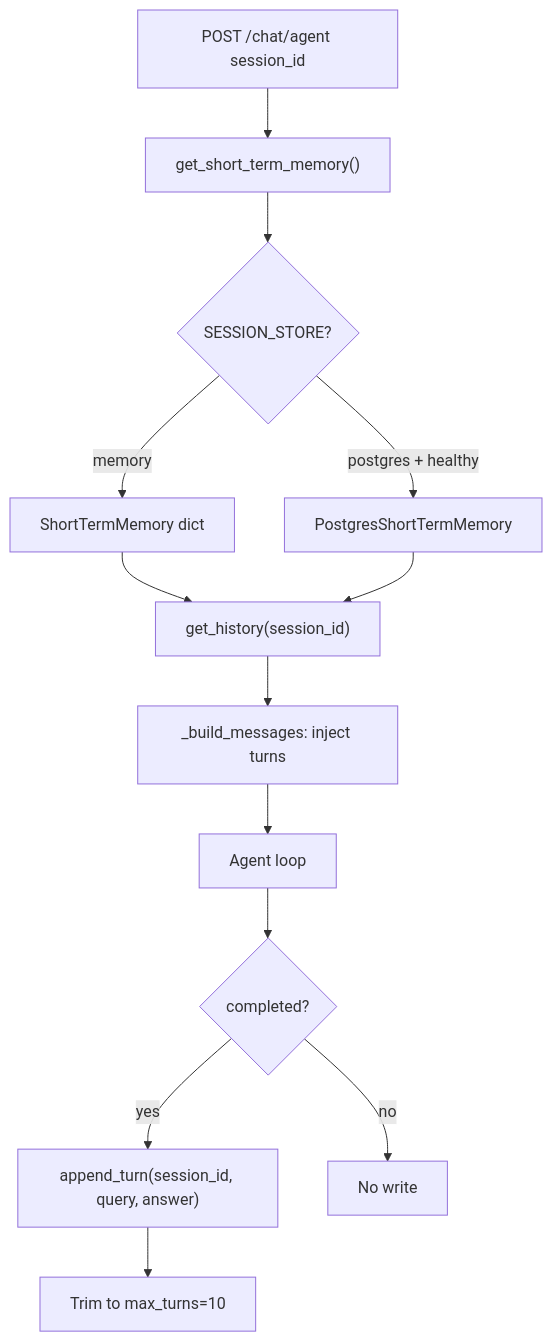
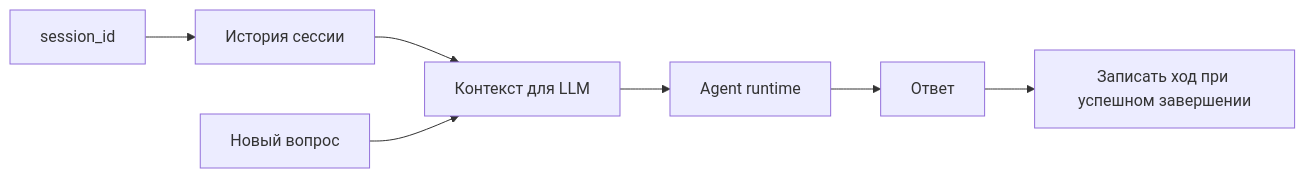
One commit to Boldurev16/ea-agent-platform-docs changed the diagram in docs/generated/05-memory.md. Above: the diagram before and after it, drawn with Mermaid. The commit also changed other lines of this file and 51 other files, not shown here.

````diff
--- a/docs/generated/05-memory.md
+++ b/docs/generated/05-memory.md
@@ -83,15 +15,9 @@
 ```mermaid
-flowchart TD
-    A["POST /chat/agent session_id"] --> B["get_short_term_memory()"]
-    B --> C{SESSION_STORE?}
-    C -->|memory| D["ShortTermMemory dict"]
-    C -->|postgres + healthy| E["PostgresShortTermMemory"]
-    D --> F["get_history(session_id)"]
-    E --> F
-    F --> G["_build_messages: inject turns"]
-    G --> H["Agent loop"]
-    H --> I{completed?}
-    I -->|yes| J["append_turn(session_id, query, answer)"]
-    I -->|no| K["No write"]
-    J --> L["Trim to max_turns=10"]
+flowchart LR
+  sessionId["session_id"] --> history["История сессии"]
+  history --> prompt["Контекст для LLM"]
+  userQuery["Новый вопрос"] --> prompt
+  prompt --> agent["Agent runtime"]
+  agent --> answer["Ответ"]
+  answer --> append["Записать ход при успешном завершении"]
 ```
````
